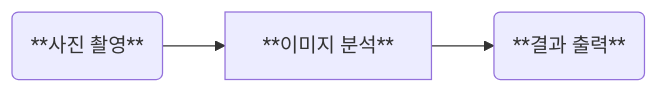
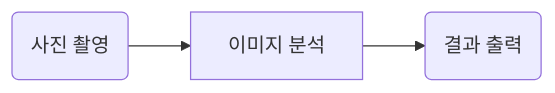
Before and after one commit to 201710808/-p: the diagram in Readme.md, drawn with Mermaid.

````diff
--- a/Readme.md
+++ b/Readme.md
@@ -3,5 +3,5 @@
 ```mermaid
 graph LR
-A(**사진 촬영**)-->B[**이미지 분석**]
-B-->C(**결과 출력**)
+A(사진 촬영)-->B[이미지 분석]
+B-->C(결과 출력)
 ```
````
